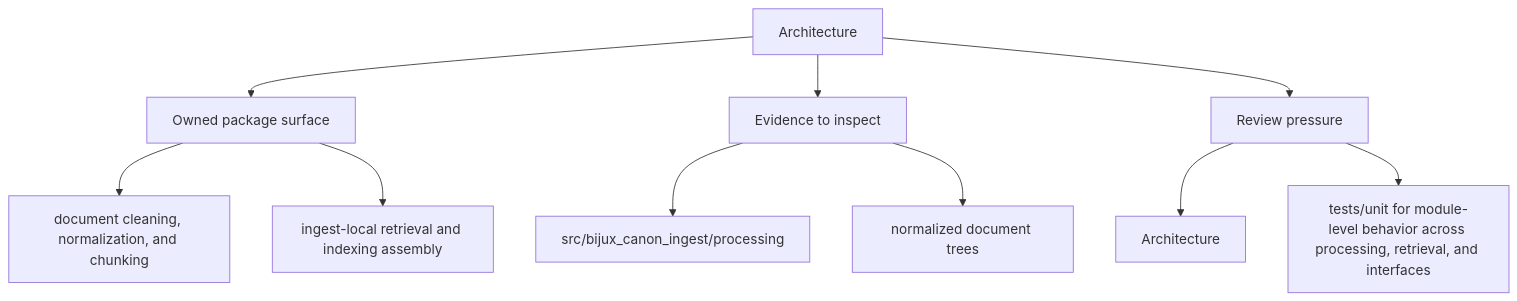
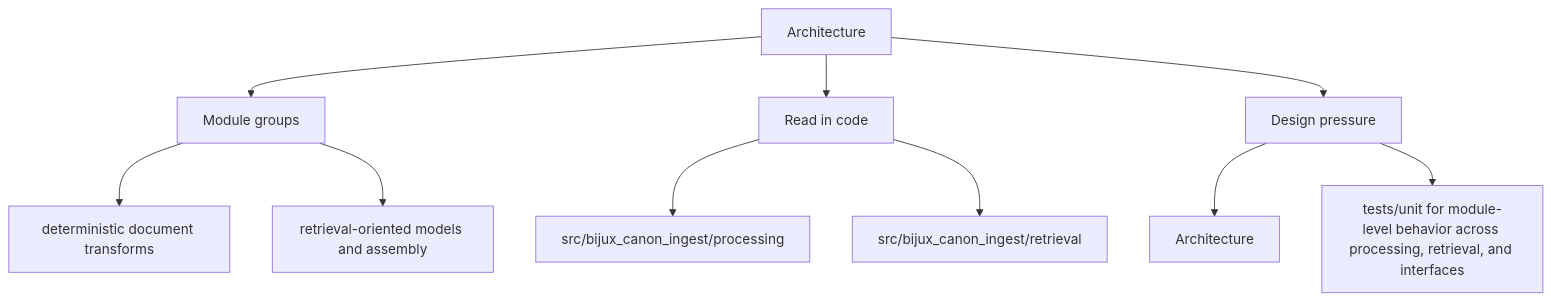
Before and after one commit to bijux/bijux-canon: the second of 2 diagrams in docs/bijux-canon-ingest/architecture/index.md, drawn with Mermaid. The commit also changed other lines of this file and 250 other files, not shown here.

Commit message:
docs(diagrams): make product page maps more readable

````diff
--- a/docs/bijux-canon-ingest/architecture/index.md
+++ b/docs/bijux-canon-ingest/architecture/index.md
@@ -32,22 +32,22 @@
 ```mermaid
 flowchart TD
     page["Architecture"]
-    focus1["Owned package surface"]
+    focus1["Module groups"]
     page --> focus1
-    focus1_1["document cleaning, normalization, and chunking"]
+    focus1_1["deterministic document transforms"]
     focus1 --> focus1_1
-    focus1_2["ingest-local retrieval and indexing assembly"]
+    focus1_2["retrieval-oriented models and assembly"]
     focus1 --> focus1_2
-    focus2["Evidence to inspect"]
+    focus2["Read in code"]
     page --> focus2
     focus2_1["src/bijux_canon_ingest/processing"]
     focus2 --> focus2_1
-    focus2_2["normalized document trees"]
+    focus2_2["src/bijux_canon_ingest/retrieval"]
     focus2 --> focus2_2
-    focus3["Review pressure"]
+    focus3["Design pressure"]
     page --> focus3
     focus3_1["Architecture"]
     focus3 --> focus3_1
     focus3_2["tests/unit for module-level behavior across processing, retrieval, and interfaces"]
     focus3 --> focus3_2
 ```
````
